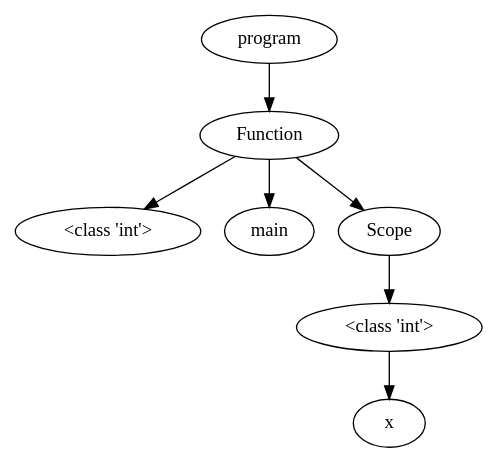
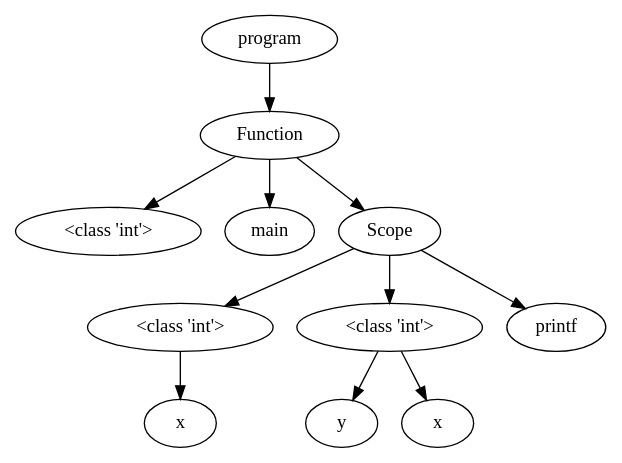
The diagram in OutputFiles/dotVisualization.dot (NielsVandenBroeck/COMP_Compiler), drawn with Graphviz before and after one commit. The commit also changed 10 other files, not shown here.

```diff
--- a/OutputFiles/dotVisualization.dot
+++ b/OutputFiles/dotVisualization.dot
@@ -1,18 +1,27 @@
 digraph G { 
-"<AST.AST object at 0x000001CF22F8C100> (0)"[label="program"]
-"<AST.ASTFunction object at 0x000001CF22B44670> (1)"[label="Function"]
-"<AST.AST object at 0x000001CF22F8C100> (0)"->"<AST.ASTFunction object at 0x000001CF22B44670> (1)"
-"<AST.ASTFunction object at 0x000001CF22B44670> (1)"[label="Function"]
-"<AST.ASTDataType object at 0x000001CF22B44610> (2)"[label="<class 'int'>"]
-"<AST.ASTFunction object at 0x000001CF22B44670> (1)"->"<AST.ASTDataType object at 0x000001CF22B44610> (2)"
-"<AST.ASTFunctionName object at 0x000001CF22B44100> (2)"[label="main"]
-"<AST.ASTFunction object at 0x000001CF22B44670> (1)"->"<AST.ASTFunctionName object at 0x000001CF22B44100> (2)"
-"<AST.ASTScope object at 0x000001CF22B44910> (2)"[label="Scope"]
-"<AST.ASTFunction object at 0x000001CF22B44670> (1)"->"<AST.ASTScope object at 0x000001CF22B44910> (2)"
-"<AST.ASTScope object at 0x000001CF22B44910> (2)"[label="Scope"]
-"<AST.ASTDataType object at 0x000001CF22B446A0> (3)"[label="<class 'int'>"]
-"<AST.ASTScope object at 0x000001CF22B44910> (2)"->"<AST.ASTDataType object at 0x000001CF22B446A0> (3)"
-"<AST.ASTDataType object at 0x000001CF22B446A0> (3)"[label="<class 'int'>"]
-"<AST.ASTVariable object at 0x000001CF22B44790> (4)"[label="x"]
-"<AST.ASTDataType object at 0x000001CF22B446A0> (3)"->"<AST.ASTVariable object at 0x000001CF22B44790> (4)"
+"<AST.AST object at 0x000001EAA2BF7FA0> (0)"[label="program"]
+"<AST.ASTFunction object at 0x000001EAA2BF7CD0> (1)"[label="Function"]
+"<AST.AST object at 0x000001EAA2BF7FA0> (0)"->"<AST.ASTFunction object at 0x000001EAA2BF7CD0> (1)"
+"<AST.ASTFunction object at 0x000001EAA2BF7CD0> (1)"[label="Function"]
+"<AST.ASTDataType object at 0x000001EAA2BF78E0> (2)"[label="<class 'int'>"]
+"<AST.ASTFunction object at 0x000001EAA2BF7CD0> (1)"->"<AST.ASTDataType object at 0x000001EAA2BF78E0> (2)"
+"<AST.ASTFunctionName object at 0x000001EAA2BF7DF0> (2)"[label="main"]
+"<AST.ASTFunction object at 0x000001EAA2BF7CD0> (1)"->"<AST.ASTFunctionName object at 0x000001EAA2BF7DF0> (2)"
+"<AST.ASTScope object at 0x000001EAA2BF7B50> (2)"[label="Scope"]
+"<AST.ASTFunction object at 0x000001EAA2BF7CD0> (1)"->"<AST.ASTScope object at 0x000001EAA2BF7B50> (2)"
+"<AST.ASTScope object at 0x000001EAA2BF7B50> (2)"[label="Scope"]
+"<AST.ASTDataType object at 0x000001EAA2BF7DC0> (3)"[label="<class 'int'>"]
+"<AST.ASTScope object at 0x000001EAA2BF7B50> (2)"->"<AST.ASTDataType object at 0x000001EAA2BF7DC0> (3)"
+"<AST.ASTDataType object at 0x000001EAA2BF7DC0> (3)"[label="<class 'int'>"]
+"<AST.ASTVariable object at 0x000001EAA2BF7E50> (4)"[label="x"]
+"<AST.ASTDataType object at 0x000001EAA2BF7DC0> (3)"->"<AST.ASTVariable object at 0x000001EAA2BF7E50> (4)"
+"<AST.ASTDataType object at 0x000001EAA2BF78B0> (3)"[label="<class 'int'>"]
+"<AST.ASTScope object at 0x000001EAA2BF7B50> (2)"->"<AST.ASTDataType object at 0x000001EAA2BF78B0> (3)"
+"<AST.ASTDataType object at 0x000001EAA2BF78B0> (3)"[label="<class 'int'>"]
+"<AST.ASTVariable object at 0x000001EAA2BF7B80> (4)"[label="y"]
+"<AST.ASTDataType object at 0x000001EAA2BF78B0> (3)"->"<AST.ASTVariable object at 0x000001EAA2BF7B80> (4)"
+"<AST.ASTVariable object at 0x000001EAA2BF7D30> (4)"[label="x"]
+"<AST.ASTDataType object at 0x000001EAA2BF78B0> (3)"->"<AST.ASTVariable object at 0x000001EAA2BF7D30> (4)"
+"<AST.ASTPrintf object at 0x000001EAA2BF7AF0> (3)"[label="printf"]
+"<AST.ASTScope object at 0x000001EAA2BF7B50> (2)"->"<AST.ASTPrintf object at 0x000001EAA2BF7AF0> (3)"
 }
```
